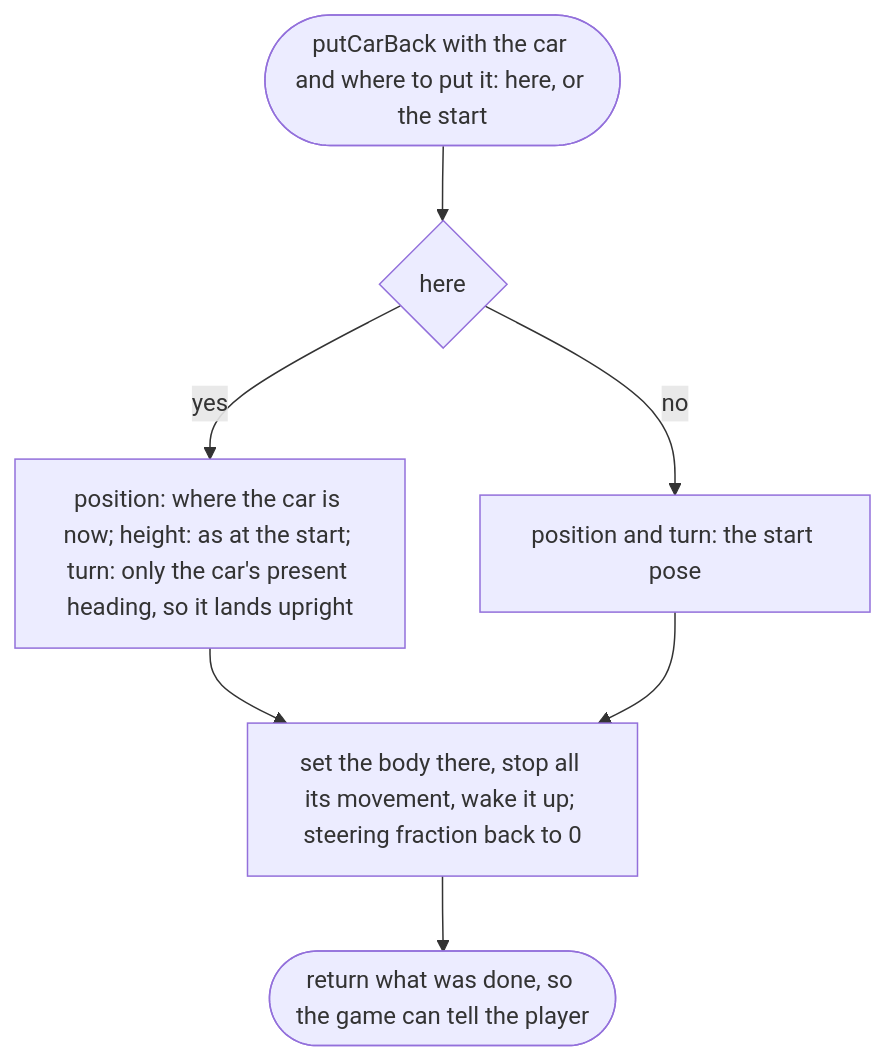
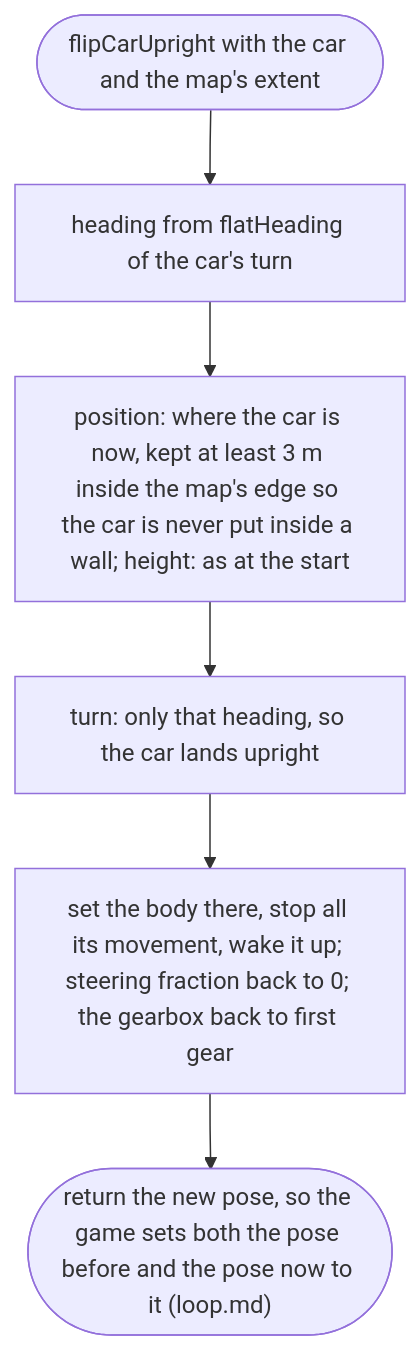
Before and after one commit to NewDara-Star/world-engine: the seventh of 9 diagrams in docs/designs/src/vehicle/car.md, drawn with Mermaid. The commit also changed other lines of this file and 41 other files, not shown here.

````diff
--- a/docs/designs/src/vehicle/car.md
+++ b/docs/designs/src/vehicle/car.md
@@ -96,13 +138,10 @@
 ```mermaid
 flowchart TD
-  s(["putCarBack with the car and where to put it: here, or the start"])
-  a{"here"}
-  b["position: where the car is now; height: as at the start; turn: only the car's present heading, so it lands upright"]
-  c["position and turn: the start pose"]
-  d["set the body there, stop all its movement, wake it up; steering fraction back to 0"]
-  e(["return what was done, so the game can tell the player"])
-  s --> a
-  a -->|"yes"| b --> d
-  a -->|"no"| c --> d
-  d --> e
+  s(["flipCarUpright with the car and the map's extent"])
+  a["heading from flatHeading of the car's turn"]
+  b["position: where the car is now, kept at least 3 m inside the map's edge so the car is never put inside a wall; height: as at the start"]
+  c["turn: only that heading, so the car lands upright"]
+  d["set the body there, stop all its movement, wake it up; steering fraction back to 0; the gearbox back to first gear"]
+  e(["return the new pose, so the game sets both the pose before and the pose now to it (loop.md)"])
+  s --> a --> b --> c --> d --> e
 ```
````
